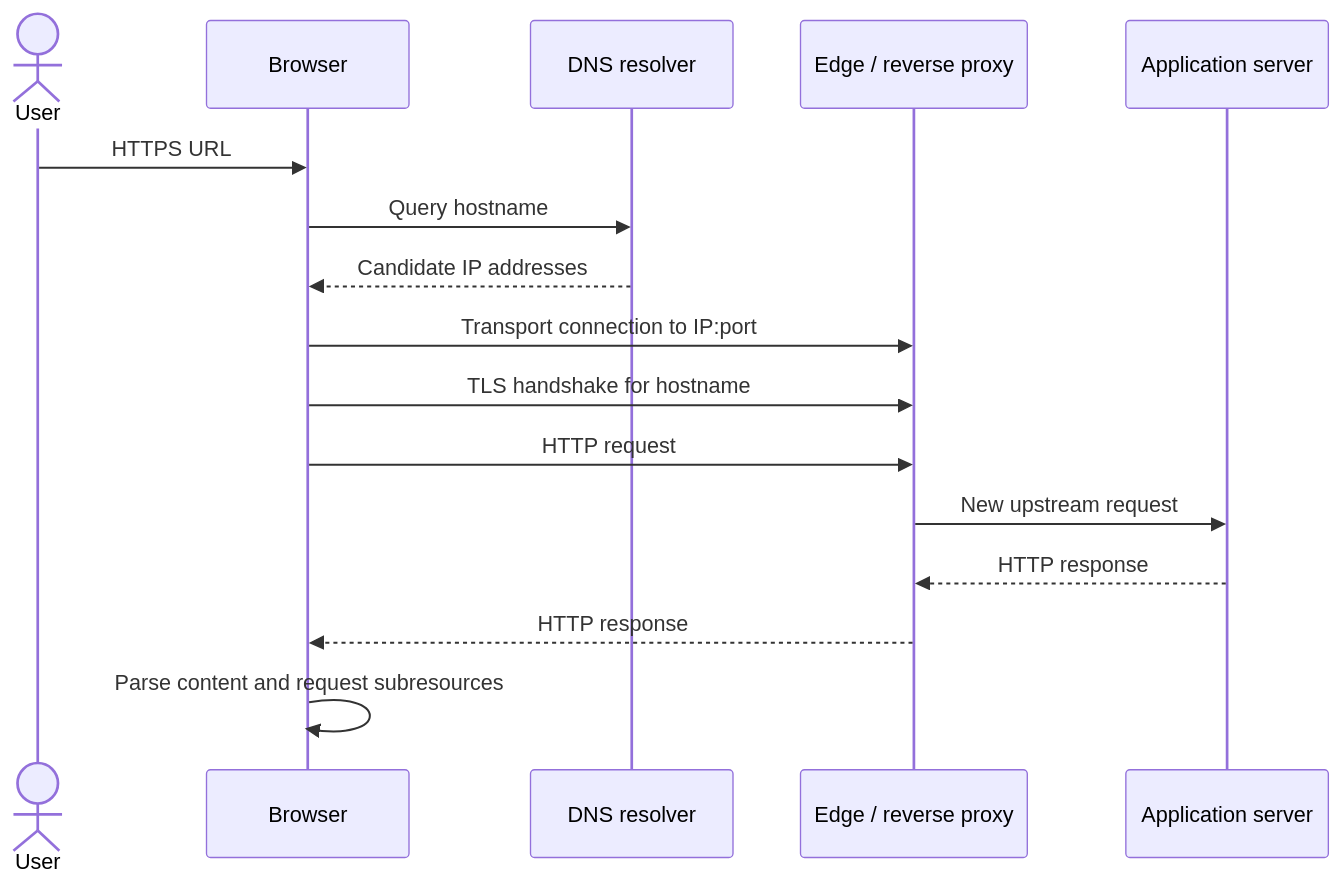
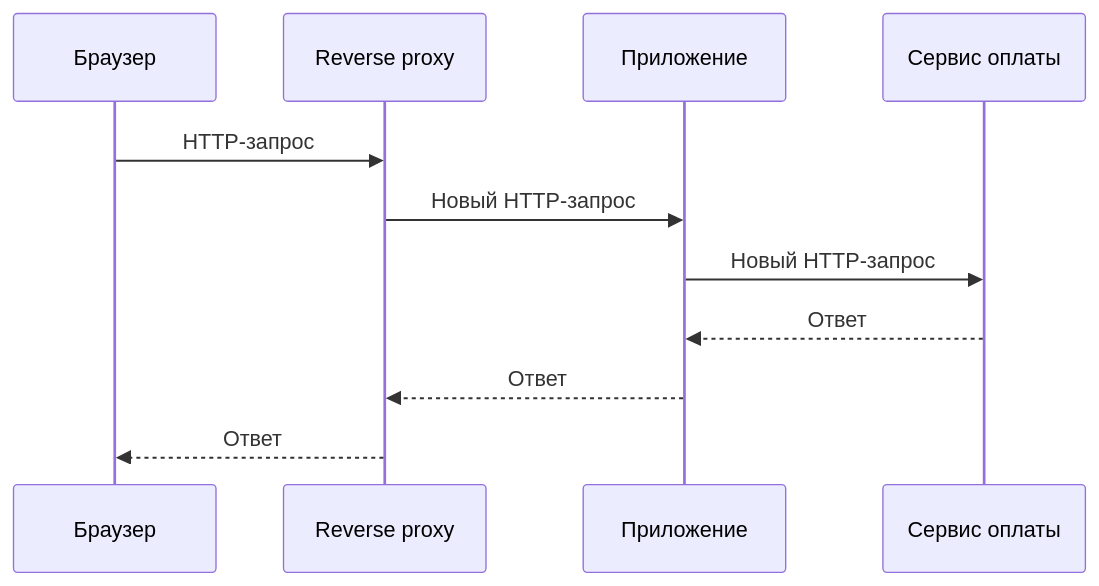
The diagram in src/04-architecture/client-server/01-client-server-request-lifecycle/01-client-server-request-lifecycle.md (rogerok/learn-programming), drawn with Mermaid before and after one commit. The commit also changed other lines of this file and 175 other files, not shown here.

````diff
--- a/src/04-architecture/client-server/01-client-server-request-lifecycle/01-client-server-request-lifecycle.md
+++ b/src/04-architecture/client-server/01-client-server-request-lifecycle/01-client-server-request-lifecycle.md
@@ -153,19 +55,14 @@
 ```mermaid
 sequenceDiagram
-    actor U as User
-    participant B as Browser
-    participant D as DNS resolver
-    participant E as Edge / reverse proxy
-    participant A as Application server
+    participant B as Браузер
+    participant P as Reverse proxy
+    participant A as Приложение
+    participant D as Сервис оплаты
 
-    U->>B: HTTPS URL
-    B->>D: Query hostname
-    D-->>B: Candidate IP addresses
-    B->>E: Transport connection to IP:port
-    B->>E: TLS handshake for hostname
-    B->>E: HTTP request
-    E->>A: New upstream request
-    A-->>E: HTTP response
-    E-->>B: HTTP response
-    B->>B: Parse content and request subresources
+    B->>P: HTTP-запрос
+    P->>A: Новый HTTP-запрос
+    A->>D: Новый HTTP-запрос
+    D-->>A: Ответ
+    A-->>P: Ответ
+    P-->>B: Ответ
 ```
````
